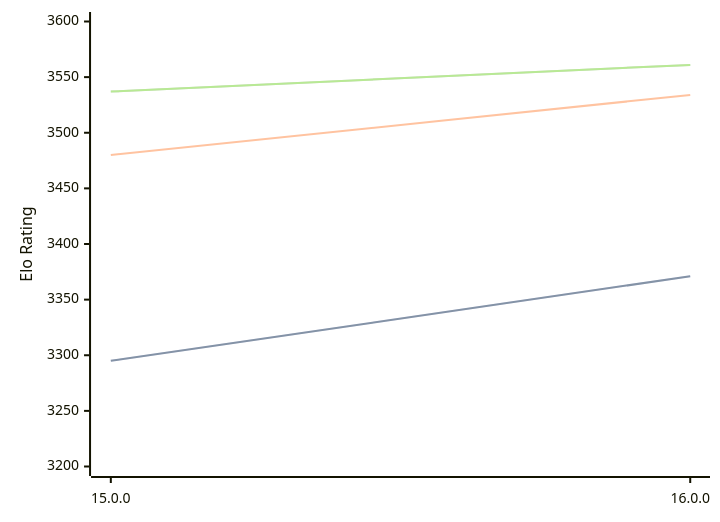
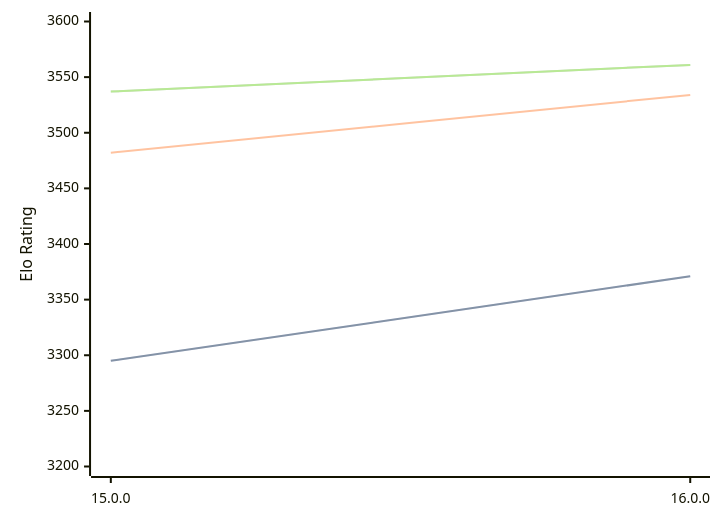
The diagram in engines/Halogen.md (computer-chess-index/cci), drawn with Mermaid before and after one commit. The commit also changed other lines of this file, not shown here.

````diff
--- a/engines/Halogen.md
+++ b/engines/Halogen.md
@@ -32,11 +32,11 @@
 ```mermaid
 %%{init: {"theme":"base","themeVariables":{"seriesColors:['#a3a3a3','#222221','#faa371']}}}%%
 xychart-beta
   x-axis ["15.0.0", "16.0.0"]
   y-axis "Elo Rating" 3200 --> 3600
   line "" [3295, 3371]
   line "STC (8.0+0.08s)" [3295, 3371]
-  line "LTC (60.0+0.60s)" [3480, 3534]
+  line "LTC (60.0+0.60s)" [3482, 3534]
   line "" [3537, 3561]
   line "VLTC (2m24s+1.12s)" [3537, 3561]
 ```
````
